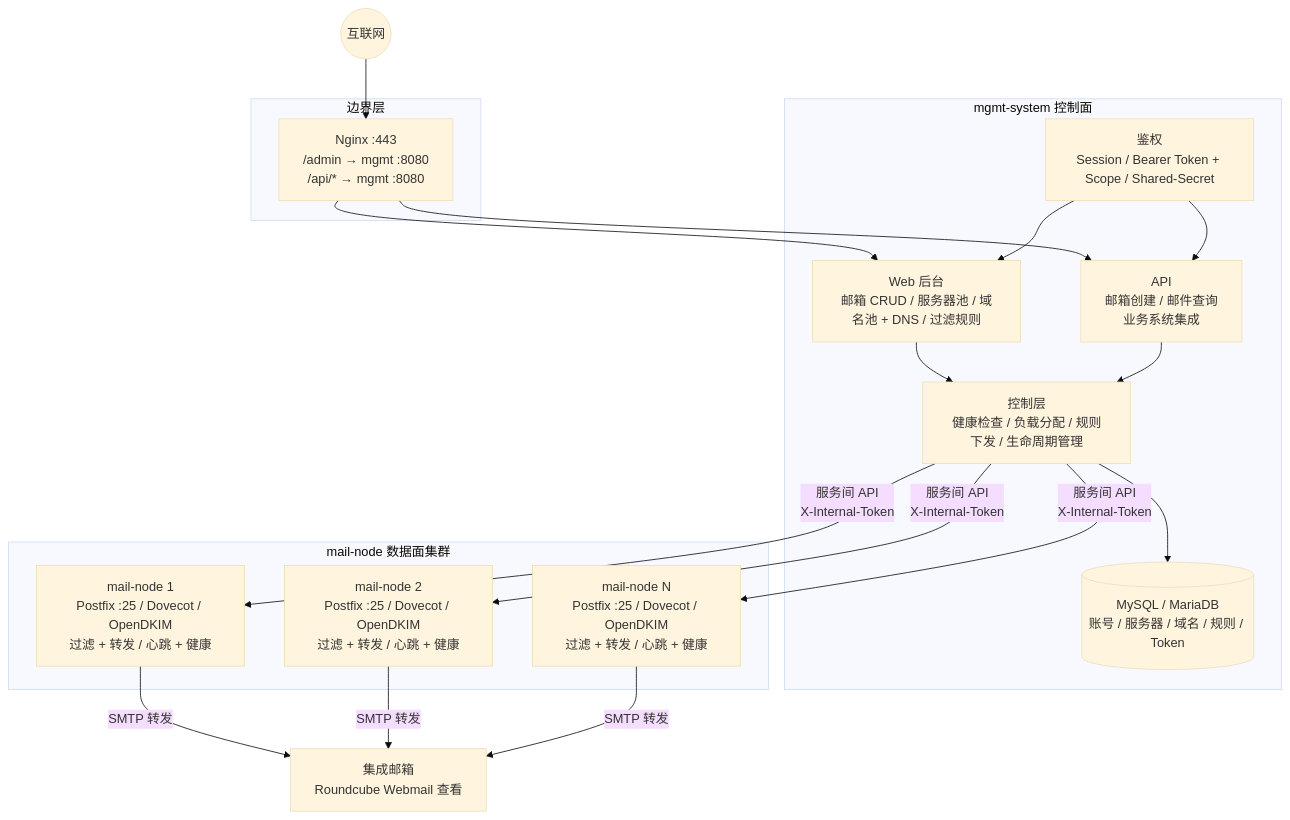
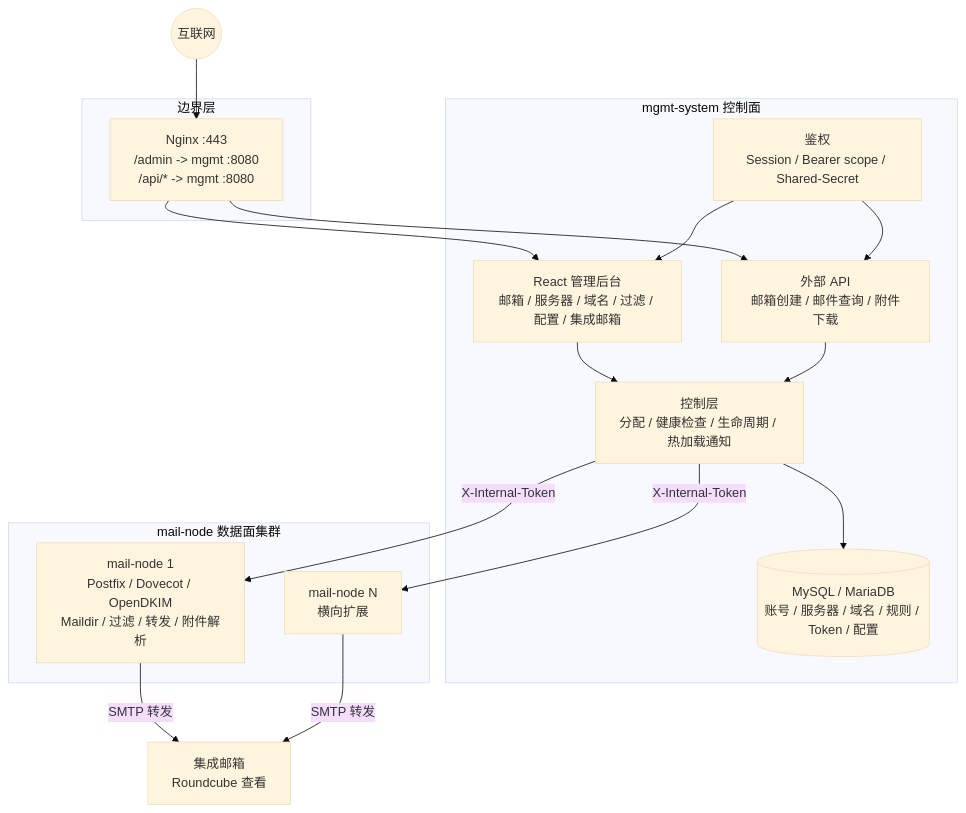
One commit to snowflake-yezi/MailHub changed the diagram in README.md. Above: the diagram before and after it, drawn with Mermaid (base theme). The commit also changed other lines of this file and 6 other files, not shown here.

````diff
--- a/README.md
+++ b/README.md
@@ -48,41 +33,36 @@
 ```mermaid
 flowchart TB
     internet((互联网))
 
     subgraph edge["边界层"]
-        nginx["Nginx :443<br/>/admin → mgmt :8080<br/>/api/* → mgmt :8080"]
+        nginx["Nginx :443<br/>/admin -> mgmt :8080<br/>/api/* -> mgmt :8080"]
     end
 
     subgraph mgmt["mgmt-system 控制面"]
-        web["Web 后台<br/>邮箱 CRUD / 服务器池 / 域名池 + DNS / 过滤规则"]
-        api["API<br/>邮箱创建 / 邮件查询<br/>业务系统集成"]
-        control["控制层<br/>健康检查 / 负载分配 / 规则下发 / 生命周期管理"]
-        auth["鉴权<br/>Session / Bearer Token + Scope / Shared-Secret"]
-        db[("MySQL / MariaDB<br/>账号 / 服务器 / 域名 / 规则 / Token")]
+        web["React 管理后台<br/>邮箱 / 服务器 / 域名 / 过滤 / 配置 / 集成邮箱"]
+        api["外部 API<br/>邮箱创建 / 邮件查询 / 附件下载"]
+        control["控制层<br/>分配 / 健康检查 / 生命周期 / 热加载通知"]
+        auth["鉴权<br/>Session / Bearer scope / Shared-Secret"]
+        db[("MySQL / MariaDB<br/>账号 / 服务器 / 域名 / 规则 / Token / 配置")]
     end
 
     subgraph nodes["mail-node 数据面集群"]
-        node1["mail-node 1<br/>Postfix :25 / Dovecot / OpenDKIM<br/>过滤 + 转发 / 心跳 + 健康"]
-        node2["mail-node 2<br/>Postfix :25 / Dovecot / OpenDKIM<br/>过滤 + 转发 / 心跳 + 健康"]
-        nodeN["mail-node N<br/>Postfix :25 / Dovecot / OpenDKIM<br/>过滤 + 转发 / 心跳 + 健康"]
+        node1["mail-node 1<br/>Postfix / Dovecot / OpenDKIM<br/>Maildir / 过滤 / 转发 / 附件解析"]
+        nodeN["mail-node N<br/>横向扩展"]
     end
 
-    union["集成邮箱<br/>Roundcube Webmail 查看"]
+    union["集成邮箱<br/>Roundcube 查看"]
 
     internet --> nginx
     nginx --> web
     nginx --> api
     web --> control
     api --> control
     auth --> web
     auth --> api
     control --> db
-
-    control -->|"服务间 API<br/>X-Internal-Token"| node1
-    control -->|"服务间 API<br/>X-Internal-Token"| node2
-    control -->|"服务间 API<br/>X-Internal-Token"| nodeN
-
+    control -->|"X-Internal-Token"| node1
+    control -->|"X-Internal-Token"| nodeN
     node1 -->|"SMTP 转发"| union
-    node2 -->|"SMTP 转发"| union
     nodeN -->|"SMTP 转发"| union
 ```
````
